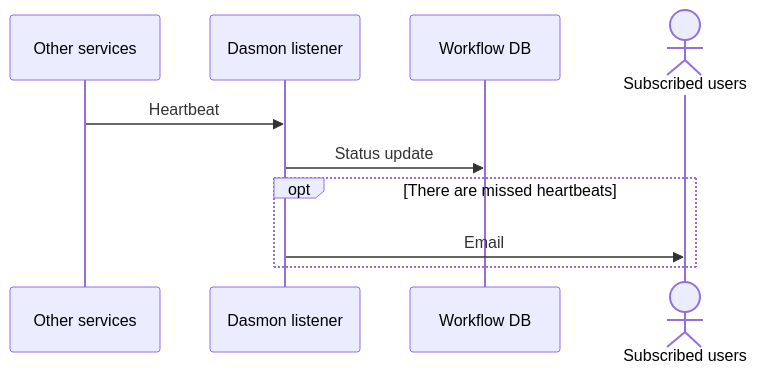
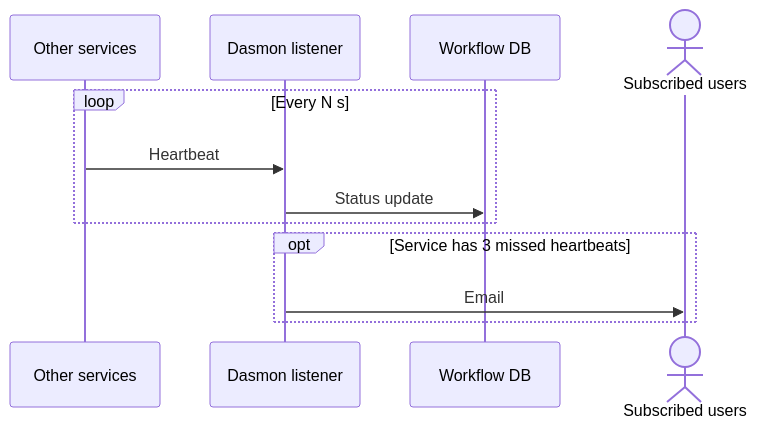
Before and after one commit to neutrons/data_workflow: the sixth of 9 diagrams in docs/developer/design/communication_flows.rst, drawn with Mermaid. The commit also changed other lines of this file and 1 other file, not shown here.

Commit message:
add high-level architecture diagram

```diff
--- a/docs/developer/design/communication_flows.rst
+++ b/docs/developer/design/communication_flows.rst
@@ -134,12 +137,14 @@
 .. mermaid::
 
     sequenceDiagram
         participant Other services
         participant Dasmon listener
         participant Workflow DB
         actor Subscribed users
-        Other services->>Dasmon listener: Heartbeat
-        Dasmon listener->>Workflow DB: Status update
-        opt There are missed heartbeats
+        loop Every N s
+            Other services->>Dasmon listener: Heartbeat
+            Dasmon listener->>Workflow DB: Status update
+        end
+        opt Service has 3 missed heartbeats
             Dasmon listener->>Subscribed users: Email
         end
```
